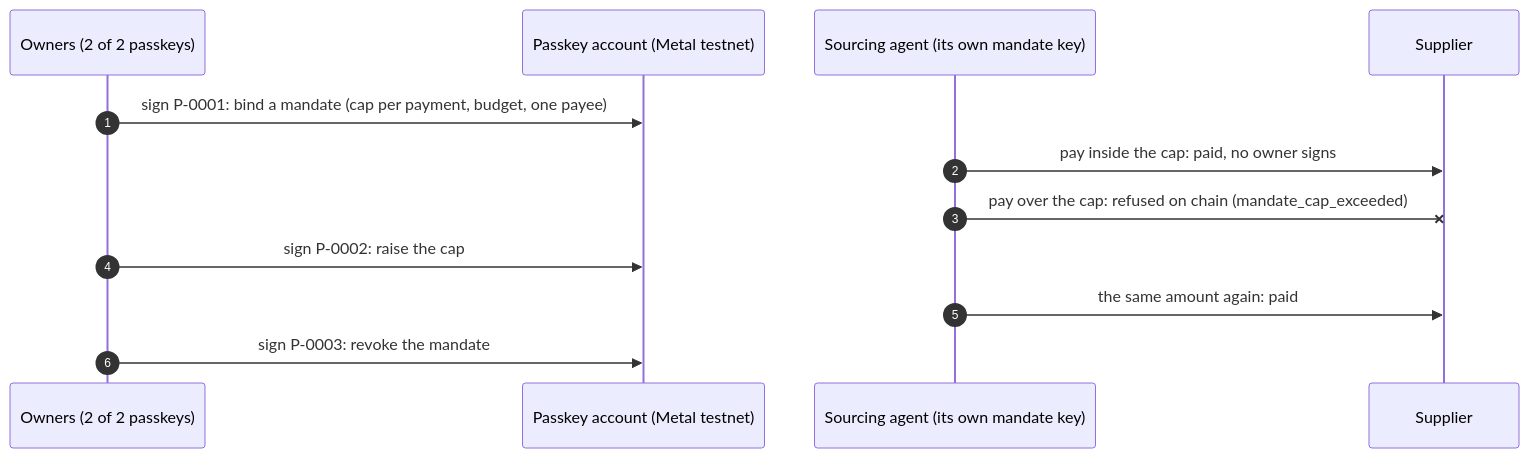
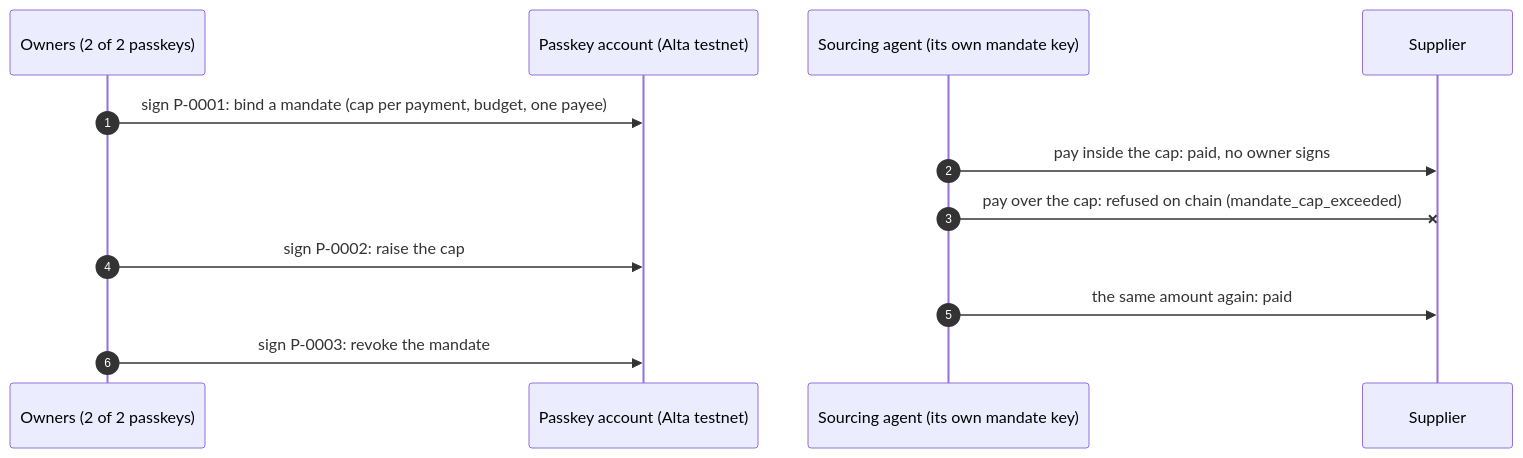
Before and after one commit to agamemnon-coder/x402-business-agents: the fourth of 5 diagrams in docs/diagrams.md, drawn with Mermaid. The commit also changed other lines of this file and 270 other files, not shown here.

First line of the commit message:
Metal is now Alta: the site, Cloud, README and form say Alta; /alta serves /metal's page (#314)

````diff
--- a/docs/diagrams.md
+++ b/docs/diagrams.md
@@ -83,14 +83,14 @@
 ```mermaid
 sequenceDiagram
   autonumber
   participant O as Owners (2 of 2 passkeys)
-  participant Acc as Passkey account (Metal testnet)
+  participant Acc as Passkey account (Alta testnet)
   participant Ag as Sourcing agent (its own mandate key)
   participant Sup as Supplier
   O->>Acc: sign P-0001: bind a mandate (cap per payment, budget, one payee)
   Ag->>Sup: pay inside the cap: paid, no owner signs
   Ag-xSup: pay over the cap: refused on chain (mandate_cap_exceeded)
   O->>Acc: sign P-0002: raise the cap
   Ag->>Sup: the same amount again: paid
   O->>Acc: sign P-0003: revoke the mandate
 ```
````
